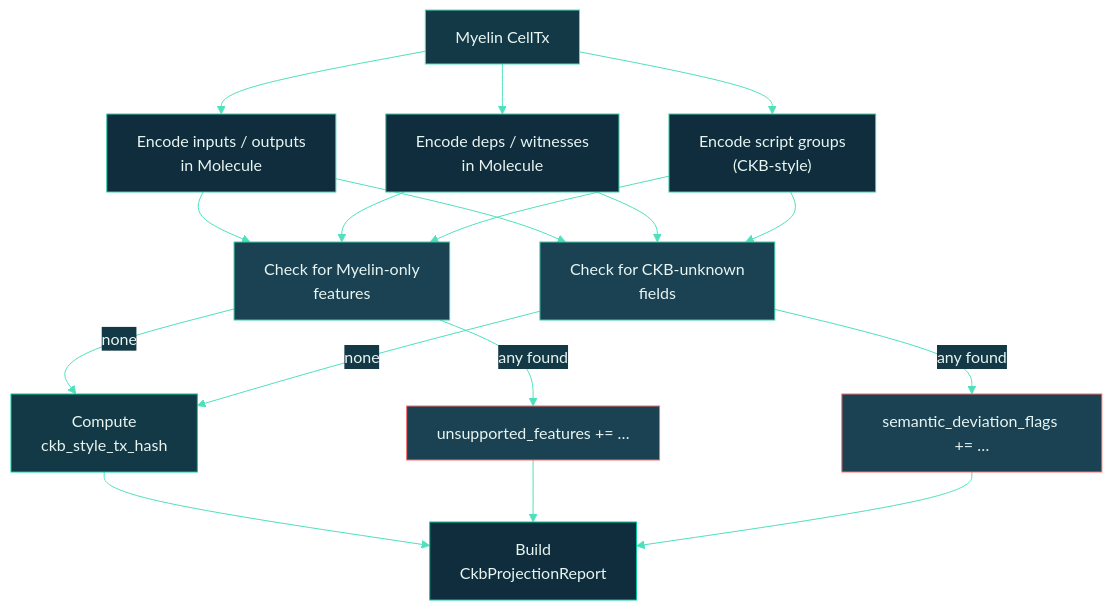
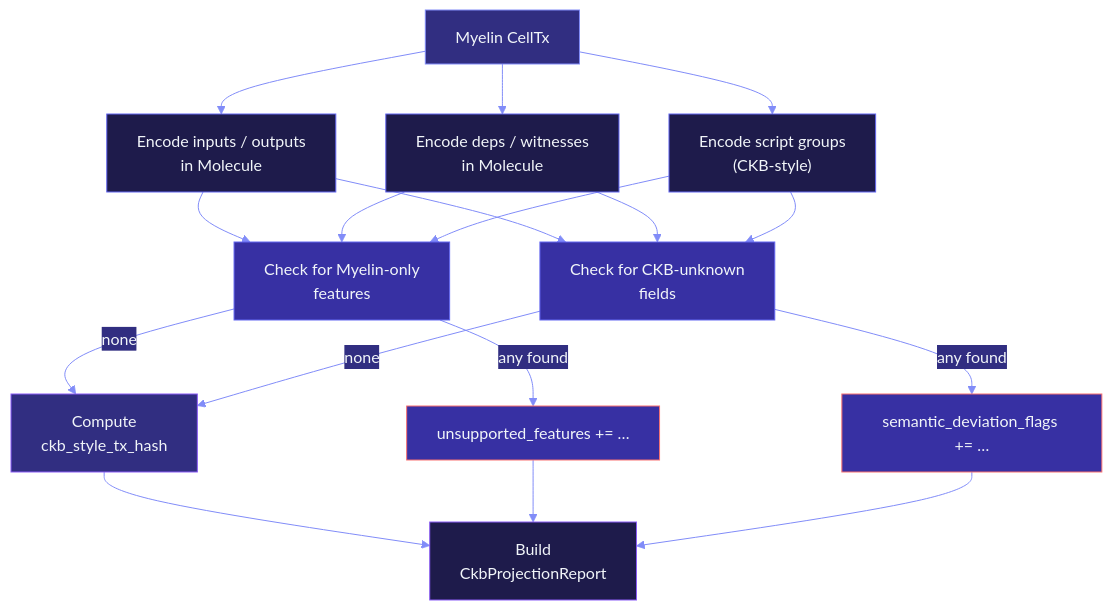
The diagram in docs/architecture/projection.md (Myelin-Labs/Myelin), drawn with Mermaid before and after one commit. The commit also changed 31 other files, not shown here.

````diff
--- a/docs/architecture/projection.md
+++ b/docs/architecture/projection.md
@@ -60,40 +60,40 @@
 ```mermaid
 %%{init: {
   "theme": "base",
   "themeVariables": {
-    "primaryColor": "#0F2D3D",
-    "primaryTextColor": "#E8F5F1",
-    "primaryBorderColor": "#3CCBAA",
-    "lineColor": "#4EE0BC",
-    "secondaryColor": "#143946",
-    "tertiaryColor": "#1A4253"
+    "primaryColor": "#1E1B4B",
+    "primaryTextColor": "#F1F5F9",
+    "primaryBorderColor": "#6366F1",
+    "lineColor": "#818CF8",
+    "secondaryColor": "#312E81",
+    "tertiaryColor": "#3730A3"
   }
 }}%%
 flowchart TB
     A["Myelin CellTx"]:::in
     B["Encode inputs / outputs<br/>in Molecule"]:::stage
     C["Encode deps / witnesses<br/>in Molecule"]:::stage
     D["Encode script groups<br/>(CKB-style)"]:::stage
     E["Check for Myelin-only<br/>features"]:::check
     F["Check for CKB-unknown<br/>fields"]:::check
     G["Compute<br/>ckb_style_tx_hash"]:::hash
     H["Build<br/>CkbProjectionReport"]:::build
 
     A --> B & C & D
     B & C & D --> E
     B & C & D --> F
     E -- "any found" --> R["unsupported_features += …"]:::bad
     F -- "any found" --> R2["semantic_deviation_flags += …"]:::bad
     E -- "none" --> G
     F -- "none" --> G
     G --> H
     R --> H
     R2 --> H
 
-    classDef in    fill:#143946,stroke:#4EE0BC,color:#E8F5F1;
-    classDef stage fill:#0F2D3D,stroke:#3CCBAA,color:#E8F5F1;
-    classDef check fill:#1A4253,stroke:#3CCBAA,color:#E8F5F1;
-    classDef hash  fill:#143946,stroke:#00CC9F,color:#E8F5F1;
-    classDef build fill:#0F2D3D,stroke:#00CC9F,color:#E8F5F1;
-    classDef bad   fill:#1A4253,stroke:#FF6B6B,color:#E8F5F1;
+    classDef in    fill:#312E81,stroke:#818CF8,color:#F1F5F9;
+    classDef stage fill:#1E1B4B,stroke:#6366F1,color:#F1F5F9;
+    classDef check fill:#3730A3,stroke:#6366F1,color:#F1F5F9;
+    classDef hash  fill:#312E81,stroke:#8B5CF6,color:#F1F5F9;
+    classDef build fill:#1E1B4B,stroke:#8B5CF6,color:#F1F5F9;
+    classDef bad   fill:#3730A3,stroke:#F87171,color:#F1F5F9;
 ```
````
